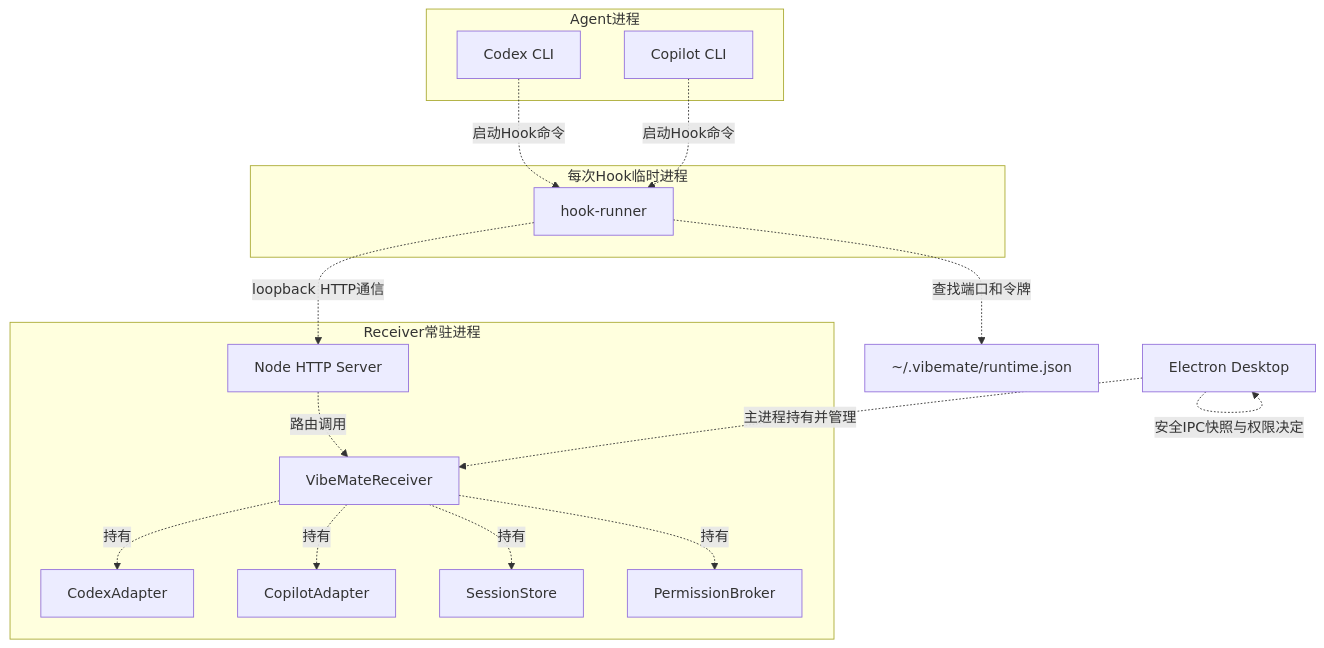
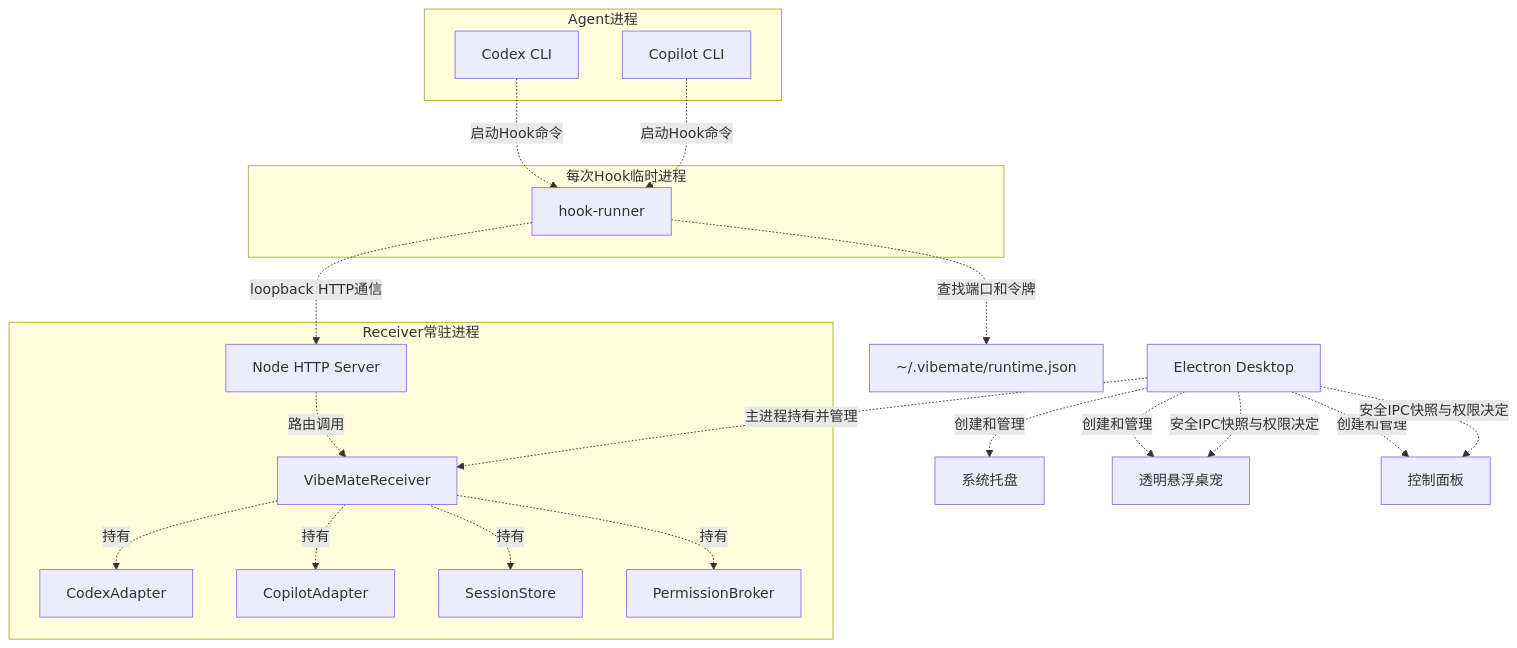
Before and after one commit to ericy9/vibemate: the first of 5 diagrams in docs/current-architecture.md, drawn with Mermaid. The commit also changed other lines of this file and 6 other files, not shown here.

Commit message:
feat: add tray and floating pet window

````diff
--- a/docs/current-architecture.md
+++ b/docs/current-architecture.md
@@ -46,38 +46,45 @@
 ```mermaid
 graph TB
     subgraph Agent进程
         Codex[Codex CLI]
         Copilot[Copilot CLI]
     end
 
     subgraph 每次Hook临时进程
         Runner[hook-runner]
     end
 
     RuntimeFile[~/.vibemate/runtime.json]
 
     subgraph Receiver常驻进程
         HTTP[Node HTTP Server]
         Receiver[VibeMateReceiver]
         CodexAdapter[CodexAdapter]
         CopilotAdapter[CopilotAdapter]
         SessionStore[SessionStore]
         PermissionBroker[PermissionBroker]
     end
 
     Desktop[Electron Desktop]
+    Tray[系统托盘]
+    Pet[透明悬浮桌宠]
+    Panel[控制面板]
 
     Codex -. 启动Hook命令 .-> Runner
     Copilot -. 启动Hook命令 .-> Runner
     Runner -. 查找端口和令牌 .-> RuntimeFile
     Runner -. loopback HTTP通信 .-> HTTP
 
     HTTP -. 路由调用 .-> Receiver
     Receiver -. 持有 .-> CodexAdapter
     Receiver -. 持有 .-> CopilotAdapter
     Receiver -. 持有 .-> SessionStore
     Receiver -. 持有 .-> PermissionBroker
 
     Desktop -. 主进程持有并管理 .-> Receiver
-    Desktop -. 安全IPC快照与权限决定 .-> Desktop
+    Desktop -. 创建和管理 .-> Tray
+    Desktop -. 创建和管理 .-> Pet
+    Desktop -. 创建和管理 .-> Panel
+    Desktop -. 安全IPC快照与权限决定 .-> Pet
+    Desktop -. 安全IPC快照与权限决定 .-> Panel
 ```
````
